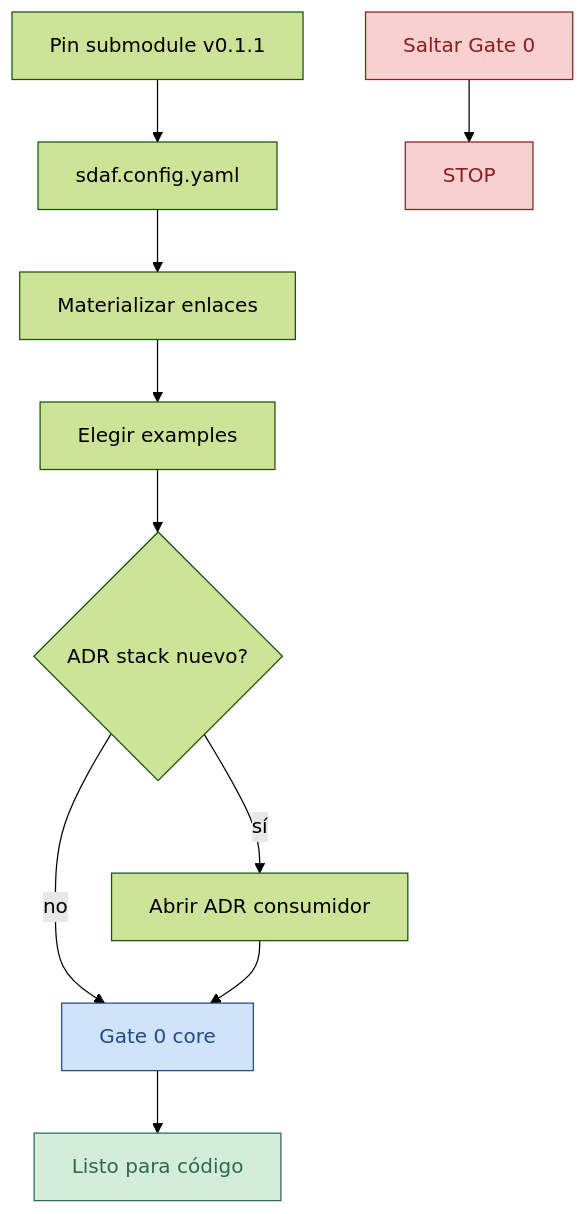
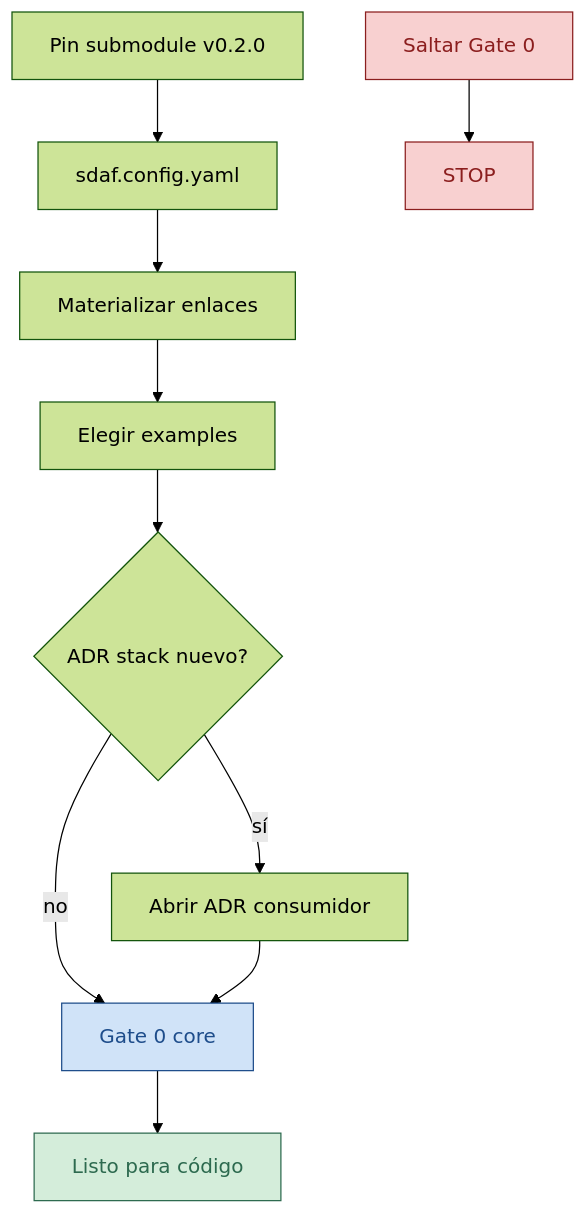
The diagram in ADOPT.md (Cyberdine-Systems-Corporation/sdaf-stack-dotnet), drawn with Mermaid (forest theme) before and after one commit. The commit also changed other lines of this file and 24 other files, not shown here.

````diff
--- a/ADOPT.md
+++ b/ADOPT.md
@@ -23,22 +23,22 @@
 ```mermaid
 flowchart TD
-  pin[Pin submodule v0.1.1] --> cfg[sdaf.config.yaml]
+  pin[Pin submodule v0.2.0] --> cfg[sdaf.config.yaml]
   cfg --> mat[Materializar enlaces]
   mat --> ex[Elegir examples]
   ex --> adr{ADR stack nuevo?}
   adr -->|sí| openAdr[Abrir ADR consumidor]
   adr -->|no| gate0[Gate 0 core]
   openAdr --> gate0
   gate0 --> ready[Listo para código]
   skip[Saltar Gate 0] --> stop[STOP]
 
   classDef stop fill:#f8d0d0,stroke:#8b1e1e,color:#8b1e1e
   classDef ok fill:#d4edda,stroke:#2d6a4f,color:#2d6a4f
   classDef stub fill:#e9ecef,stroke:#6c757d,color:#6c757d
   classDef core fill:#d0e3f8,stroke:#1e4d8b,color:#1e4d8b
 
   class stop stop
   class ready ok
   class skip stop
   class gate0 core
 ```
````
